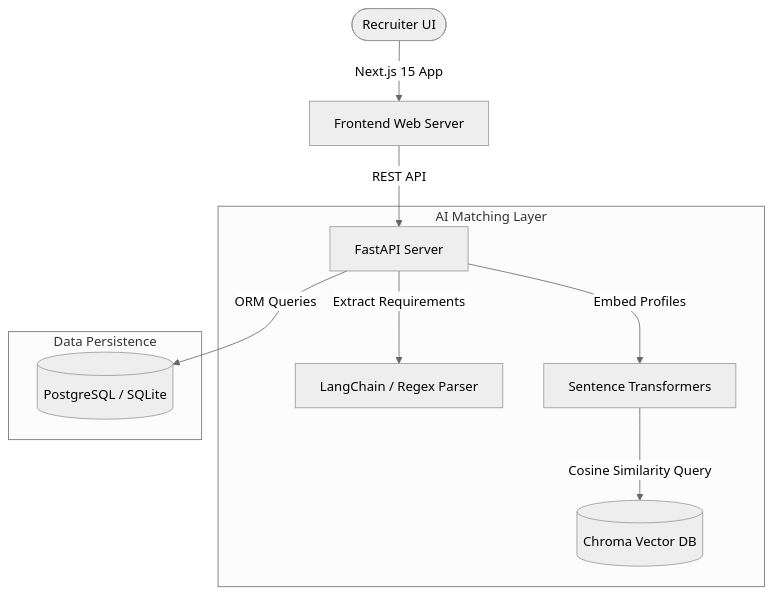
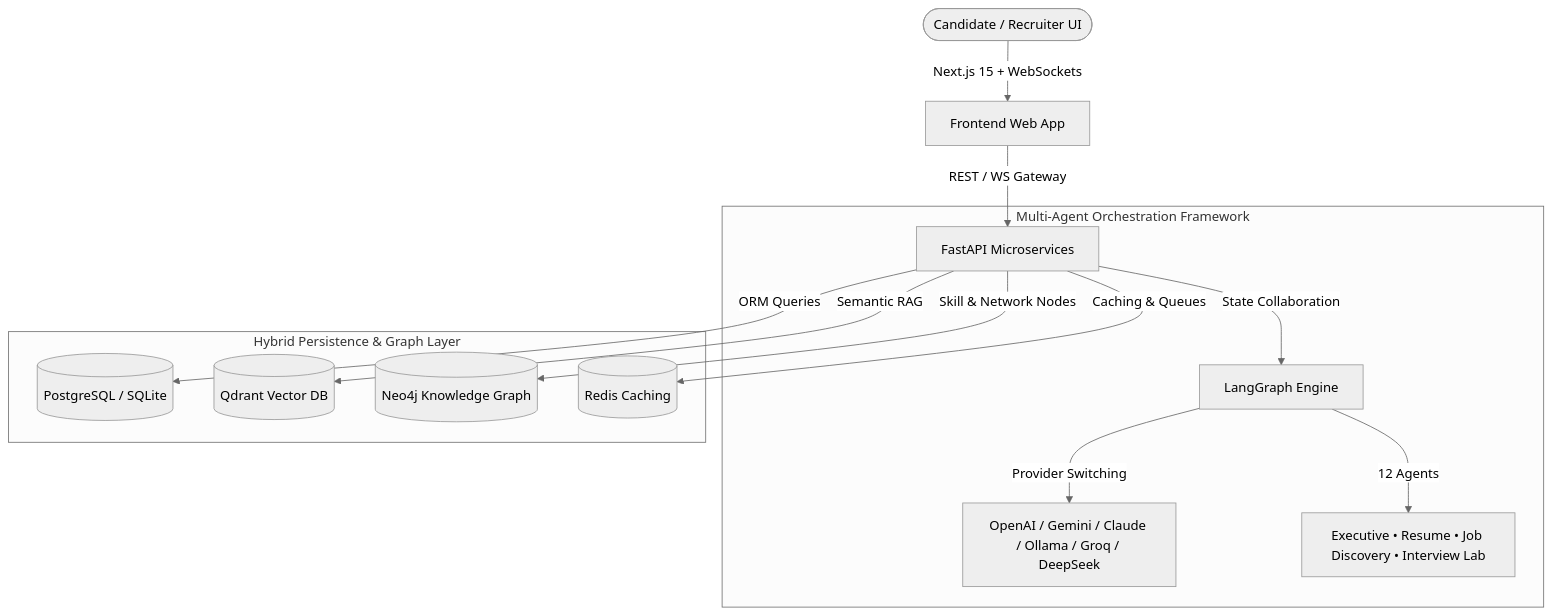
One commit to gunmasterg9/talentmind-ai changed the diagram in README.md. Above: the diagram before and after it, drawn with Mermaid (neutral theme). The commit also changed other lines of this file, not shown here.

Commit message:
docs: update README with Redrob Autonomous AI Career OS architecture

````diff
--- a/README.md
+++ b/README.md
@@ -9,15 +21,18 @@
 ```mermaid
 graph TD
-    User([Recruiter UI]) -->|Next.js 15 App| Frontend[Frontend Web Server]
-    Frontend -->|REST API| Backend[FastAPI Server]
+    User([Candidate / Recruiter UI]) -->|Next.js 15 + WebSockets| Frontend[Frontend Web App]
+    Frontend -->|REST / WS Gateway| Backend[FastAPI Microservices]
     
-    subgraph AI Matching Layer
-        Backend -->|Extract Requirements| Parser[LangChain / Regex Parser]
-        Backend -->|Embed Profiles| Embedder[Sentence Transformers]
-        Embedder -->|Cosine Similarity Query| ChromaDB[(Chroma Vector DB)]
+    subgraph Multi-Agent Orchestration Framework
+        Backend -->|State Collaboration| LangGraph[LangGraph Engine]
+        LangGraph -->|Provider Switching| Providers[OpenAI / Gemini / Claude / Ollama / Groq / DeepSeek]
+        LangGraph -->|12 Agents| Agents[Executive • Resume • Job Discovery • Interview Lab]
     end
 
-    subgraph Data Persistence
+    subgraph Hybrid Persistence & Graph Layer
         Backend -->|ORM Queries| PostgreSQL[(PostgreSQL / SQLite)]
+        Backend -->|Semantic RAG| Qdrant[(Qdrant Vector DB)]
+        Backend -->|Skill & Network Nodes| Neo4j[(Neo4j Knowledge Graph)]
+        Backend -->|Caching & Queues| Redis[(Redis Caching)]
     end
 ```
````
